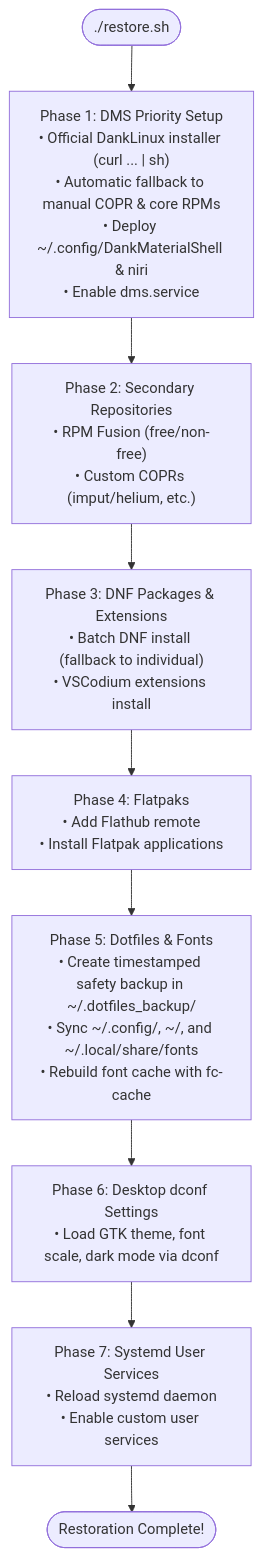
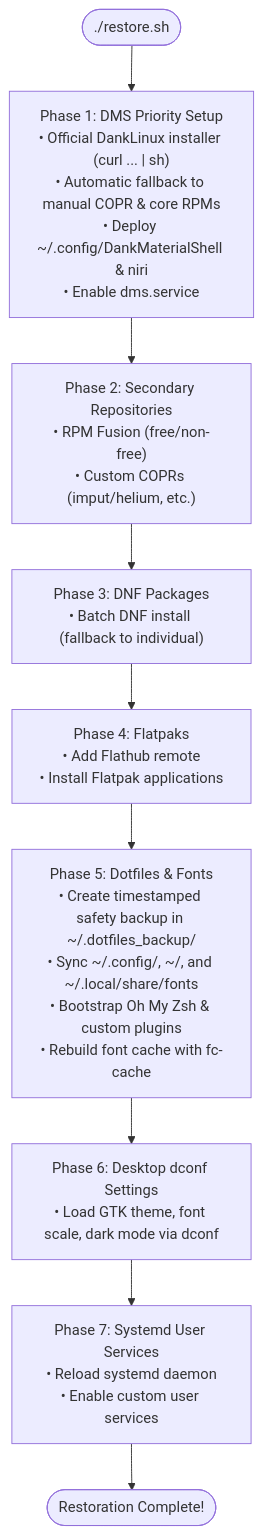
Before and after one commit to Torveek/fedora-dms-dotfiles: the diagram in README.md, drawn with Mermaid. The commit also changed other lines of this file and 13 other files, not shown here.

Commit message:
feat: exclude VSCodium extensions and switch shell backup from Bash to Zsh

````diff
--- a/README.md
+++ b/README.md
@@ -254,11 +253,11 @@
 ```mermaid
 flowchart TD
     Start(["./restore.sh"]) --> P1["Phase 1: DMS Priority Setup\n• Official DankLinux installer (curl ... | sh)\n• Automatic fallback to manual COPR & core RPMs\n• Deploy ~/.config/DankMaterialShell & niri\n• Enable dms.service"]
     P1 --> P2["Phase 2: Secondary Repositories\n• RPM Fusion (free/non-free)\n• Custom COPRs (imput/helium, etc.)"]
-    P2 --> P3["Phase 3: DNF Packages & Extensions\n• Batch DNF install (fallback to individual)\n• VSCodium extensions install"]
+    P2 --> P3["Phase 3: DNF Packages\n• Batch DNF install (fallback to individual)"]
     P3 --> P4["Phase 4: Flatpaks\n• Add Flathub remote\n• Install Flatpak applications"]
-    P4 --> P5["Phase 5: Dotfiles & Fonts\n• Create timestamped safety backup in ~/.dotfiles_backup/\n• Sync ~/.config/, ~/, and ~/.local/share/fonts\n• Rebuild font cache with fc-cache"]
+    P4 --> P5["Phase 5: Dotfiles & Fonts\n• Create timestamped safety backup in ~/.dotfiles_backup/\n• Sync ~/.config/, ~/, and ~/.local/share/fonts\n• Bootstrap Oh My Zsh & custom plugins\n• Rebuild font cache with fc-cache"]
     P5 --> P6["Phase 6: Desktop dconf Settings\n• Load GTK theme, font scale, dark mode via dconf"]
     P6 --> P7["Phase 7: Systemd User Services\n• Reload systemd daemon\n• Enable custom user services"]
     P7 --> Finish(["Restoration Complete!"])
 ```
````
